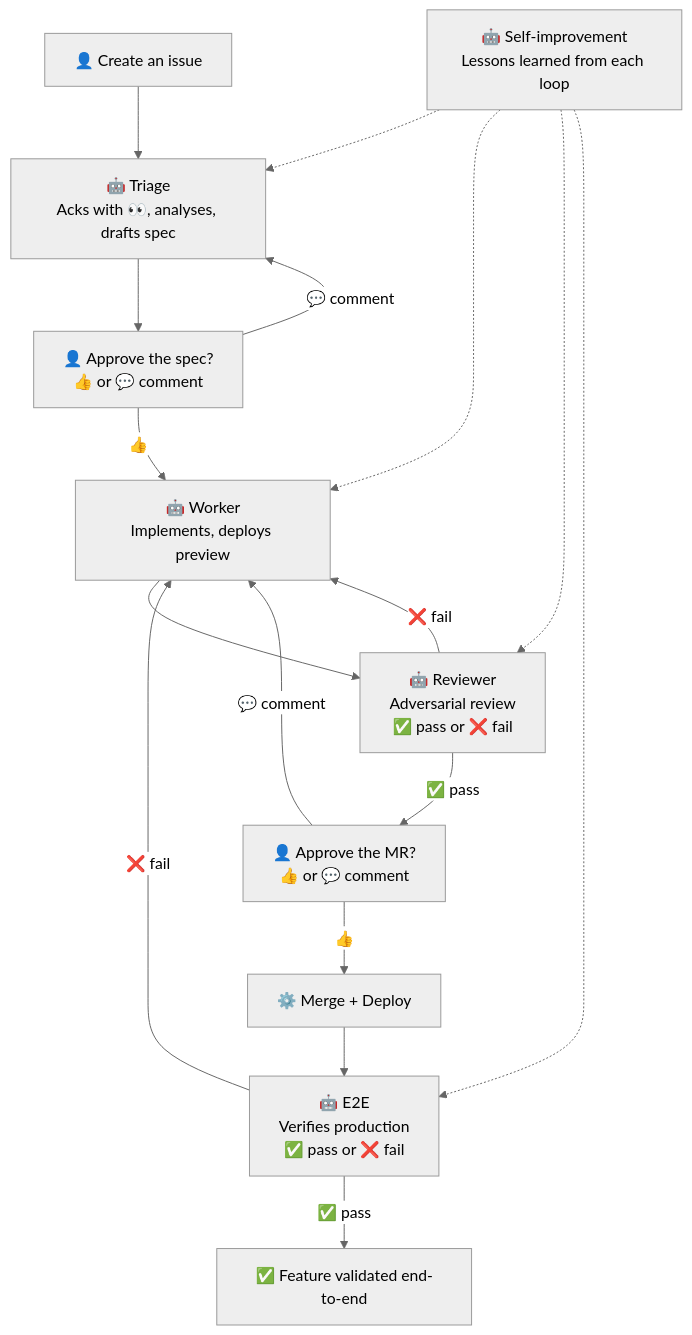
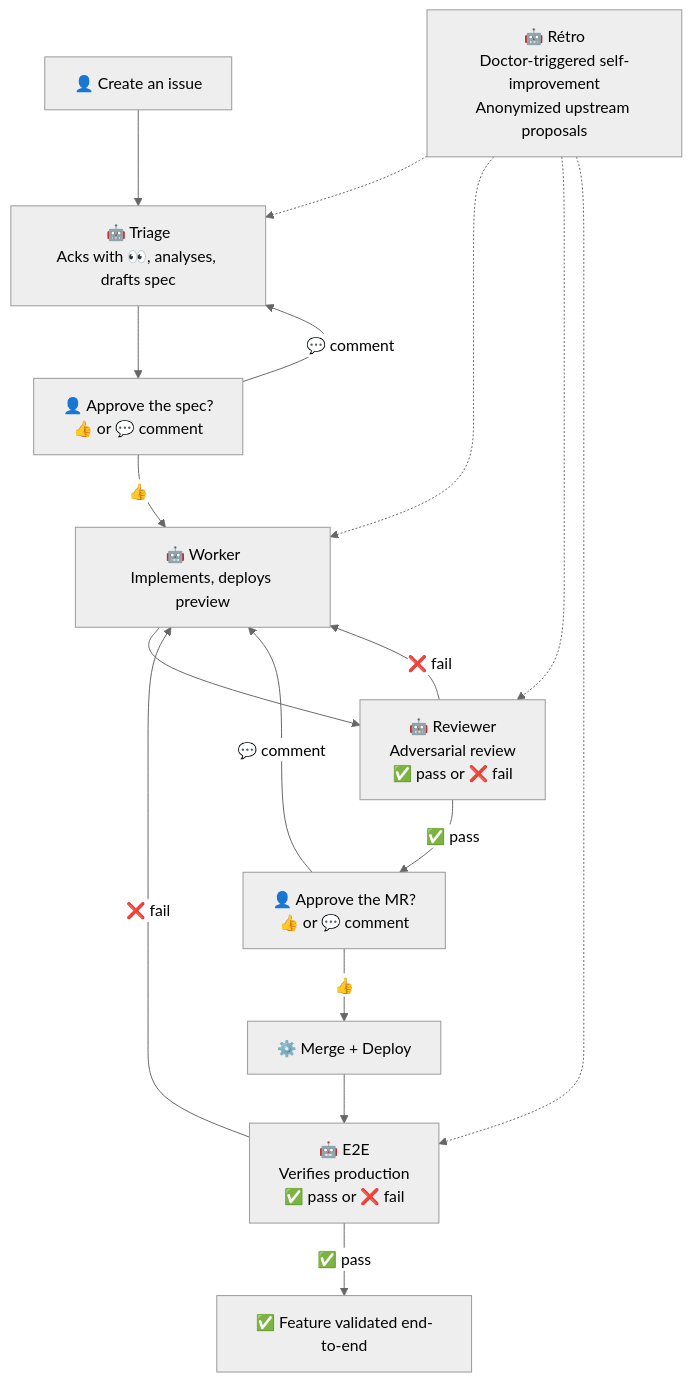
The first of 3 diagrams in ARCHITECTURE.md (ankaboot-source/boucle), drawn with Mermaid (neutral theme) before and after one commit. The commit also changed other lines of this file and 4 other files, not shown here.

Commit message:
docs(retro): charter docs — roles, variables, auto-amélioration section, dogfood status (#139)

````diff
--- a/ARCHITECTURE.md
+++ b/ARCHITECTURE.md
@@ -28,20 +28,20 @@
 ```mermaid
 flowchart TD
     H1["👤 Create an issue"] --> T["🤖 Triage<br/>Acks with 👀, analyses, drafts spec"]
     T --> H2["👤 Approve the spec?<br/>👍 or 💬 comment"]
     H2 -->|👍| W["🤖 Worker<br/>Implements, deploys preview"]
     H2 -->|💬 comment| T
     W --> R["🤖 Reviewer<br/>Adversarial review<br/>✅ pass or ❌ fail"]
     R -->|✅ pass| H3["👤 Approve the MR?<br/>👍 or 💬 comment"]
     R -->|❌ fail| W
     H3 -->|👍| M["⚙️ Merge + Deploy"]
     H3 -->|💬 comment| W
     M --> E["🤖 E2E<br/>Verifies production<br/>✅ pass or ❌ fail"]
     E -->|✅ pass| D["✅ Feature validated end-to-end"]
     E -->|❌ fail| W
-    L["🤖 Self-improvement<br/>Lessons learned from each loop"]
+    L["🤖 Rétro<br/>Doctor-triggered self-improvement<br/>Anonymized upstream proposals"]
     L -.-> T
     L -.-> W
     L -.-> R
     L -.-> E
 ```
````
